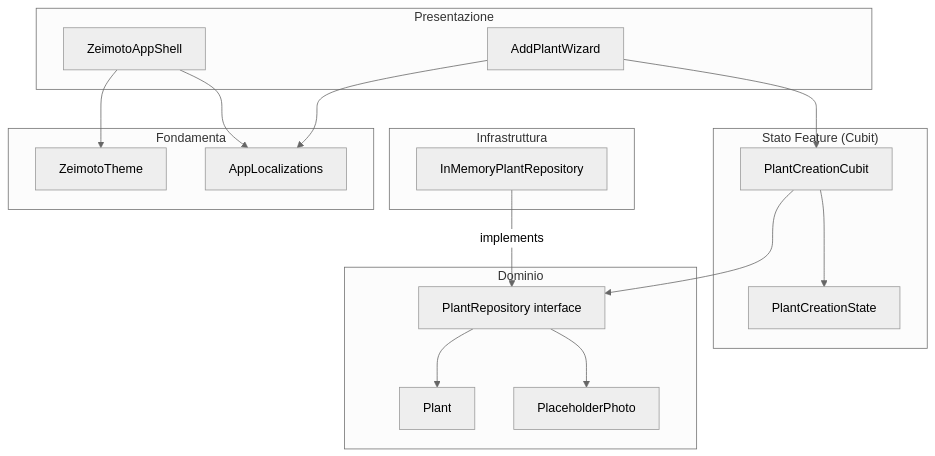
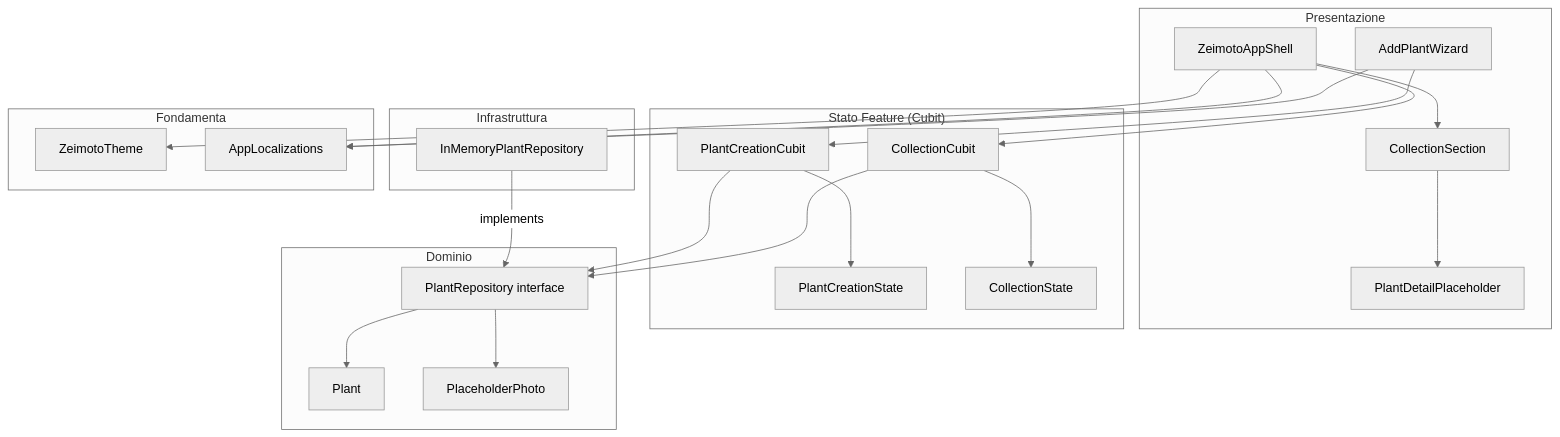
One commit to FedericoLaggiard/zeimoto changed the first of 2 diagrams in docs/architecture/feature_it.md. Above: the diagram before and after it, drawn with Mermaid (neutral theme). The commit also changed other lines of this file and 5 other files, not shown here.

````diff
--- a/docs/architecture/feature_it.md
+++ b/docs/architecture/feature_it.md
@@ -34,37 +39,46 @@
 ```mermaid
 graph TD
     subgraph Presentazione
         AS[ZeimotoAppShell]
         APW[AddPlantWizard]
+        CS[CollectionSection]
+        DPP[PlantDetailPlaceholder]
     end
 
     subgraph StatoFeature["Stato Feature (Cubit)"]
         PCC[PlantCreationCubit]
         PCS[PlantCreationState]
+        CC[CollectionCubit]
+        CST[CollectionState]
     end
 
     subgraph Dominio
         PR[PlantRepository interface]
         P[Plant]
         PP[PlaceholderPhoto]
     end
 
     subgraph Infrastruttura
         IMPR[InMemoryPlantRepository]
     end
 
     subgraph Fondamenta
         TH[ZeimotoTheme]
         L10N[AppLocalizations]
     end
 
     AS --> TH
     AS --> L10N
+    AS --> CC
+    AS --> CS
+    CS --> DPP
     APW --> PCC
     APW --> L10N
     PCC --> PCS
     PCC --> PR
+    CC --> CST
+    CC --> PR
     PR --> P
     PR --> PP
     IMPR -->|implements| PR
 ```
````
